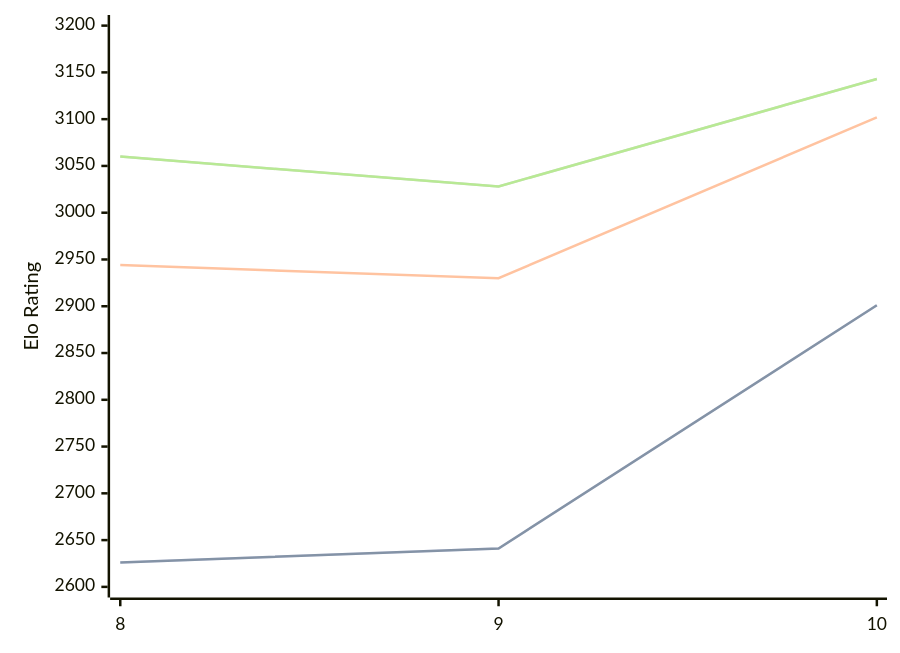
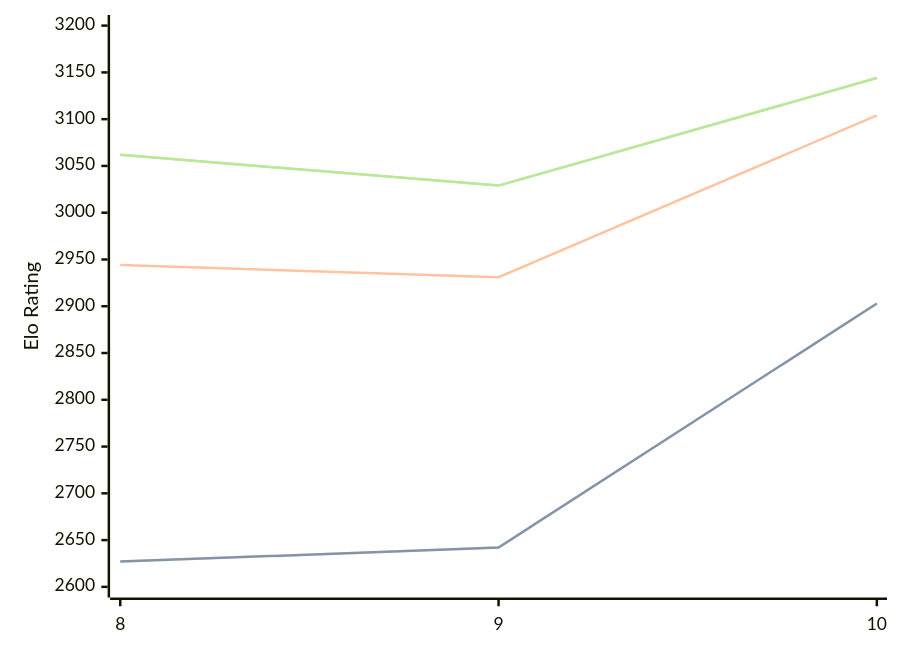
Before and after one commit to computer-chess-index/cci: the diagram in engines/Lozza.md, drawn with Mermaid. The commit also changed other lines of this file, not shown here.

Commit message:
Update CCI Ratings (ELO VLTC) - 2026-03-29

````diff
--- a/engines/Lozza.md
+++ b/engines/Lozza.md
@@ -41,11 +41,11 @@
 ```mermaid
 %%{init: {"theme":"base","themeVariables":{"seriesColors:['#a3a3a3','#222221','#faa371']}}}%%
 xychart-beta
   x-axis ["8", "9", "10"]
   y-axis "Elo Rating" 2600 --> 3200
-  line "STC (8.0+0.08s)" [2626, 2641, 2901]
-  line "STC (8.0+0.08s)" [2626, 2641, 2901]
-  line "LTC (60.0+0.60s)" [2944, 2930, 3102]
-  line "VLTC (2m24s+1.12s)" [3060, 3028, 3143]
-  line "VLTC (2m24s+1.12s)" [3060, 3028, 3143]
+  line "STC (8.0+0.08s)" [2627, 2642, 2903]
+  line "STC (8.0+0.08s)" [2627, 2642, 2903]
+  line "LTC (60.0+0.60s)" [2944, 2931, 3104]
+  line "VLTC (2m24s+1.12s)" [3062, 3029, 3144]
+  line "VLTC (2m24s+1.12s)" [3062, 3029, 3144]
 ```
````
